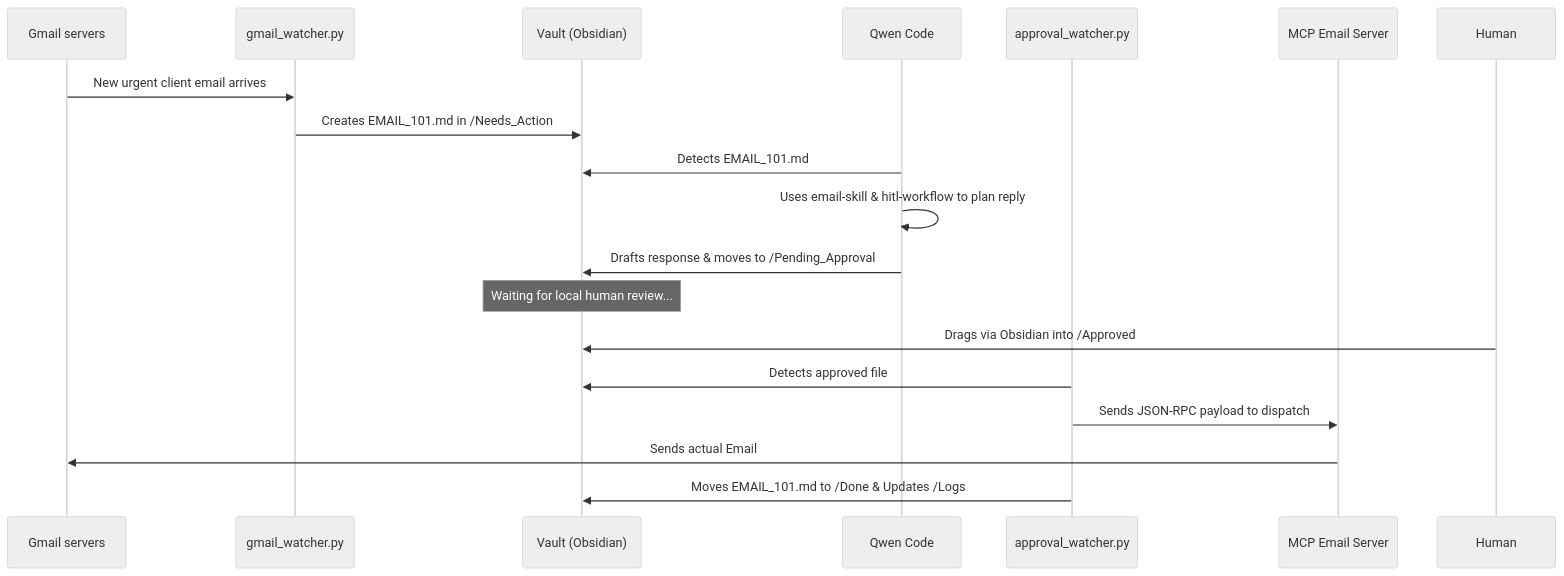
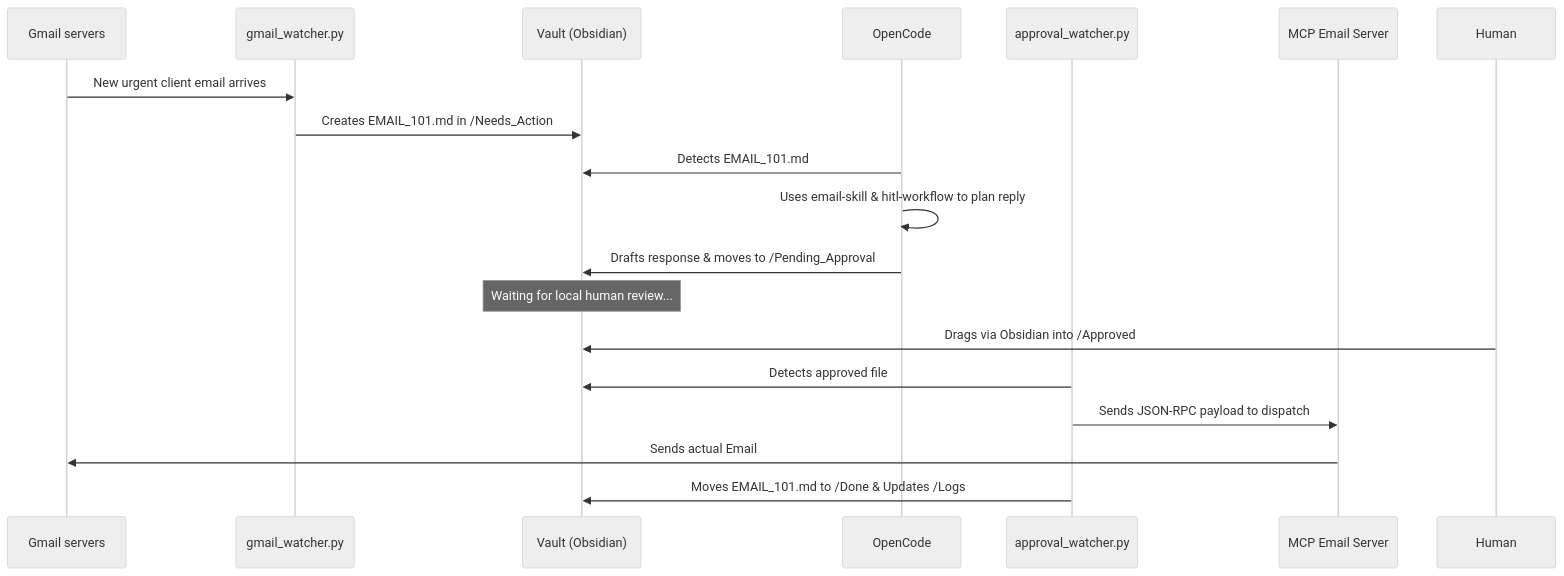
One commit to AbdulSamad94/Personal-AI-Employee changed the second of 4 diagrams in README.md. Above: the diagram before and after it, drawn with Mermaid (neutral theme). The commit also changed other lines of this file and 37 other files, not shown here.

````diff
--- a/README.md
+++ b/README.md
@@ -150,21 +170,21 @@
 ```mermaid
 sequenceDiagram
     participant Web as Gmail servers
     participant GW as gmail_watcher.py
     participant V as Vault (Obsidian)
-    participant Q as Qwen Code
+    participant Q as OpenCode
     participant AW as approval_watcher.py
     participant MCP as MCP Email Server
-    
+
     Web->>GW: New urgent client email arrives
     GW->>V: Creates EMAIL_101.md in /Needs_Action
     Q->>V: Detects EMAIL_101.md
     Q->>Q: Uses email-skill & hitl-workflow to plan reply
     Q->>V: Drafts response & moves to /Pending_Approval
     Note over V: Waiting for local human review...
     Human->>V: Drags via Obsidian into /Approved
     AW->>V: Detects approved file
     AW->>MCP: Sends JSON-RPC payload to dispatch
     MCP->>Web: Sends actual Email
     AW->>V: Moves EMAIL_101.md to /Done & Updates /Logs
 ```
````
